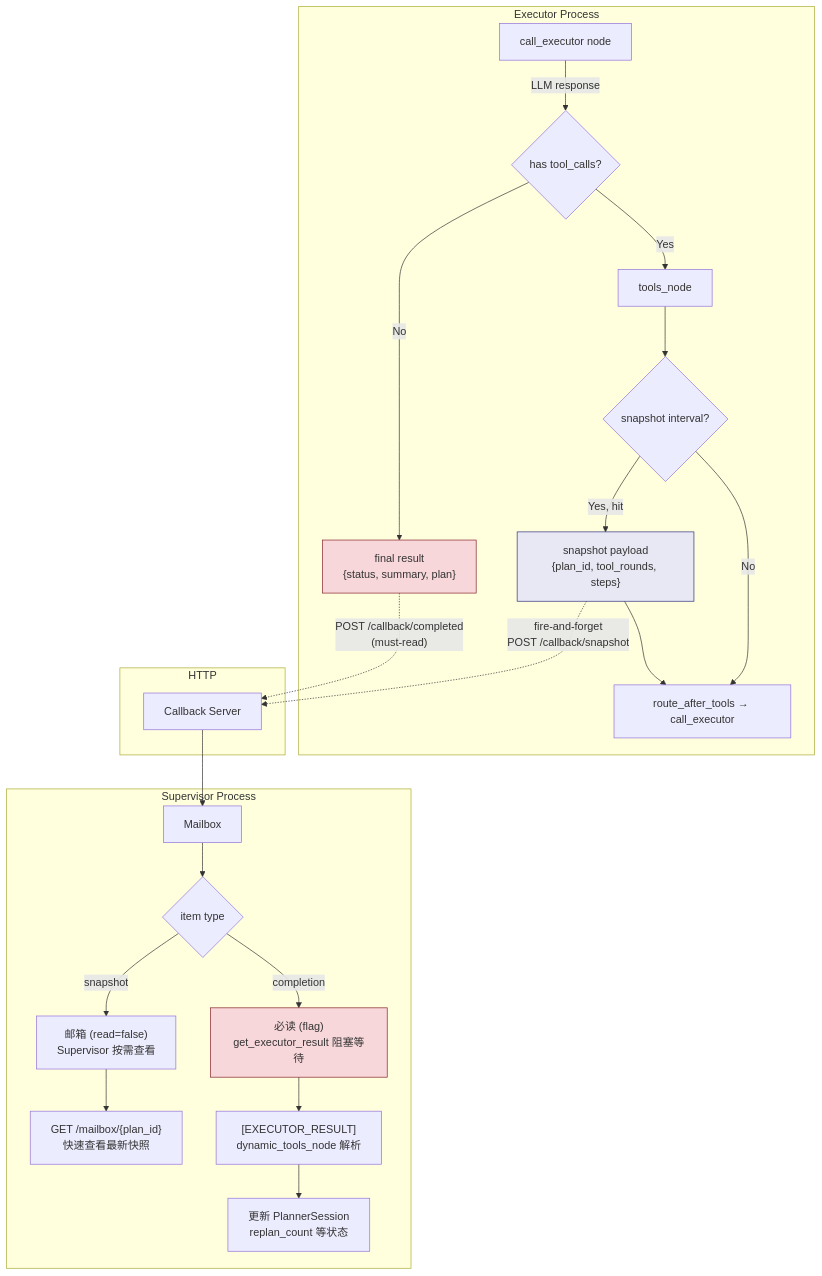
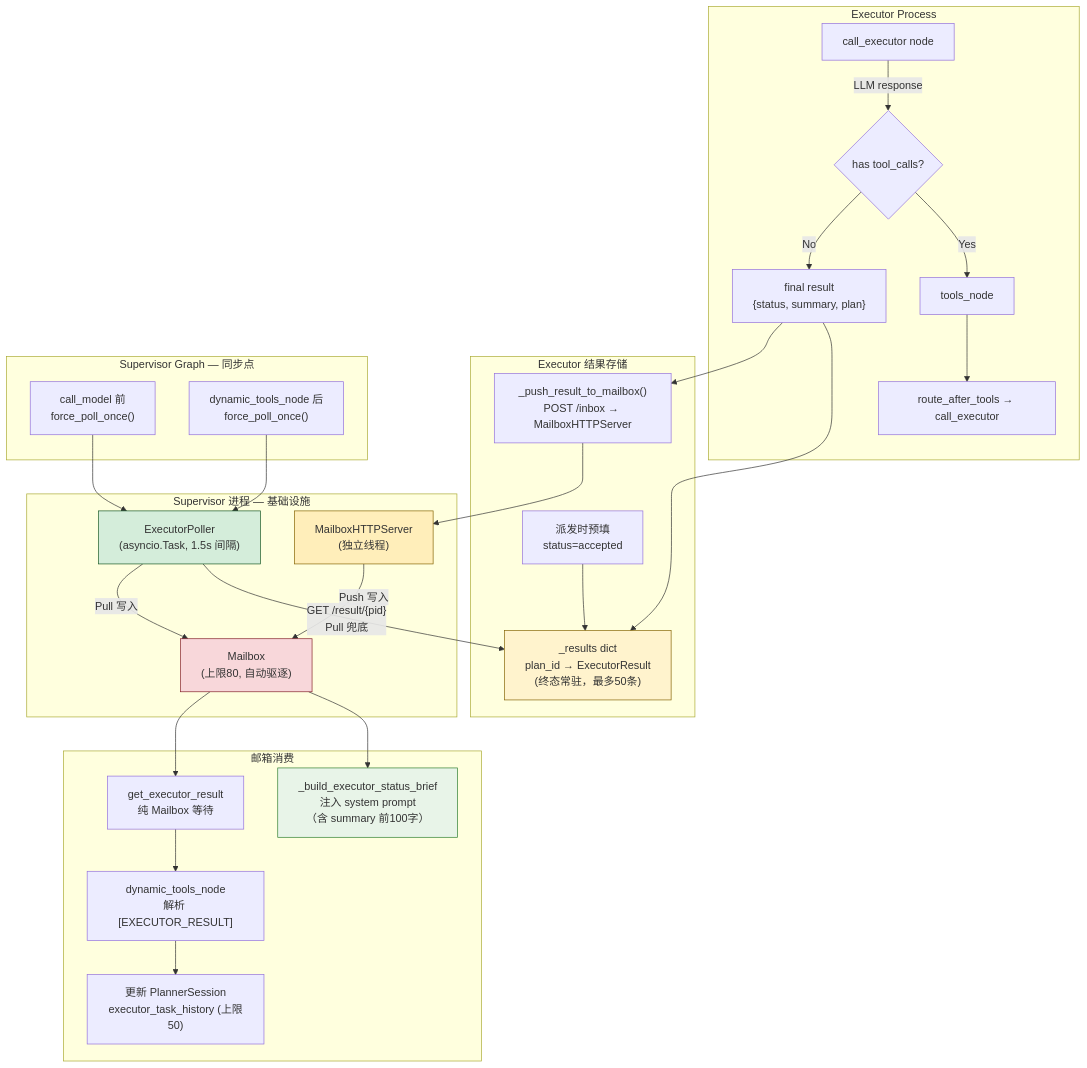
Before and after one commit to Tlaven/agent-triad: the eighth of 8 diagrams in docs/v3-architecture-diagrams.md, drawn with Mermaid. The commit also changed other lines of this file and 58 other files, not shown here.

````diff
--- a/docs/v3-architecture-diagrams.md
+++ b/docs/v3-architecture-diagrams.md
@@ -302,31 +366,42 @@
 ```mermaid
 flowchart TD
-    subgraph Executor Process
-        A[call_executor node] -->|LLM response| B{has tool_calls?}
+    subgraph ExecGraph["Executor Process"]
+        A["call_executor node"] -->|LLM response| B{has tool_calls?}
         B -->|Yes| C[tools_node]
-        C --> D{snapshot interval?}
-        D -->|Yes, hit| E["snapshot payload<br/>{plan_id, tool_rounds, steps}"]
-        D -->|No| F[route_after_tools → call_executor]
+        C --> F["route_after_tools → call_executor"]
         B -->|No| G["final result<br/>{status, summary, plan}"]
-        E --> F
     end
 
-    subgraph HTTP
-        E -.->|"fire-and-forget<br/>POST /callback/snapshot"| H[Callback Server]
-        G -.->|"POST /callback/completed<br/>(must-read)"| H
+    subgraph Storage["Executor 结果存储"]
+        G --> H["_results dict<br/>plan_id → ExecutorResult<br/>(终态常驻，最多50条)"]
+        I["派发时预填<br/>status=accepted"] --> H
+        G --> PUSH["_push_result_to_mailbox()<br/>POST /inbox → MailboxHTTPServer"]
     end
 
-    subgraph Supervisor Process
-        H --> I[Mailbox]
-        I --> J{item type}
-        J -->|snapshot| K["邮箱 (read=false)<br/>Supervisor 按需查看"]
-        J -->|completion| L["必读 (flag)<br/>get_executor_result 阻塞等待"]
-        K --> M["GET /mailbox/{plan_id}<br/>快速查看最新快照"]
-        L --> N["[EXECUTOR_RESULT]<br/>dynamic_tools_node 解析"]
-        N --> O[更新 PlannerSession<br/>replan_count 等状态]
+    subgraph SupervisorInfra["Supervisor 进程 — 基础设施"]
+        MBS["MailboxHTTPServer<br/>(独立线程)"]
+        EP["ExecutorPoller<br/>(asyncio.Task, 1.5s 间隔)"]
+        PUSH --> MBS
+        MBS -->|Push 写入| MB["Mailbox<br/>(上限80, 自动驱逐)"]
+        EP -->|"GET /result/{pid}<br/>Pull 兜底"| H
+        EP -->|Pull 写入| MB
     end
 
-    style E fill:#e8e8f4,stroke:#2d2d7d
-    style G fill:#f8d7da,stroke:#842029
-    style L fill:#f8d7da,stroke:#842029
+    subgraph SupervisorGraph["Supervisor Graph — 同步点"]
+        FC1["call_model 前<br/>force_poll_once()"] --> EP
+        FC2["dynamic_tools_node 后<br/>force_poll_once()"] --> EP
+    end
+
+    subgraph Consumption["邮箱消费"]
+        MB --> O["_build_executor_status_brief<br/>注入 system prompt<br/>（含 summary 前100字）"]
+        MB --> GER["get_executor_result<br/>纯 Mailbox 等待"]
+        GER --> P["dynamic_tools_node<br/>解析 [EXECUTOR_RESULT]"]
+        P --> Q["更新 PlannerSession<br/>executor_task_history (上限50)"]
+    end
+
+    style H fill:#fff3cd,stroke:#856404
+    style MB fill:#f8d7da,stroke:#842029
+    style MBS fill:#ffeeba,stroke:#856404
+    style EP fill:#d4edda,stroke:#155724
+    style O fill:#e8f4e8,stroke:#2d7d2d
 ```
````
